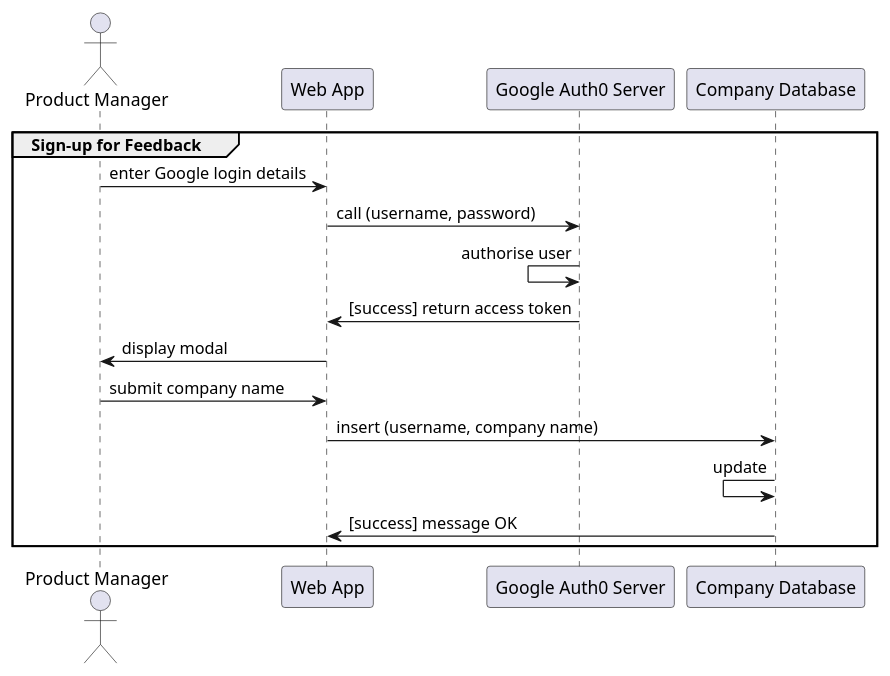
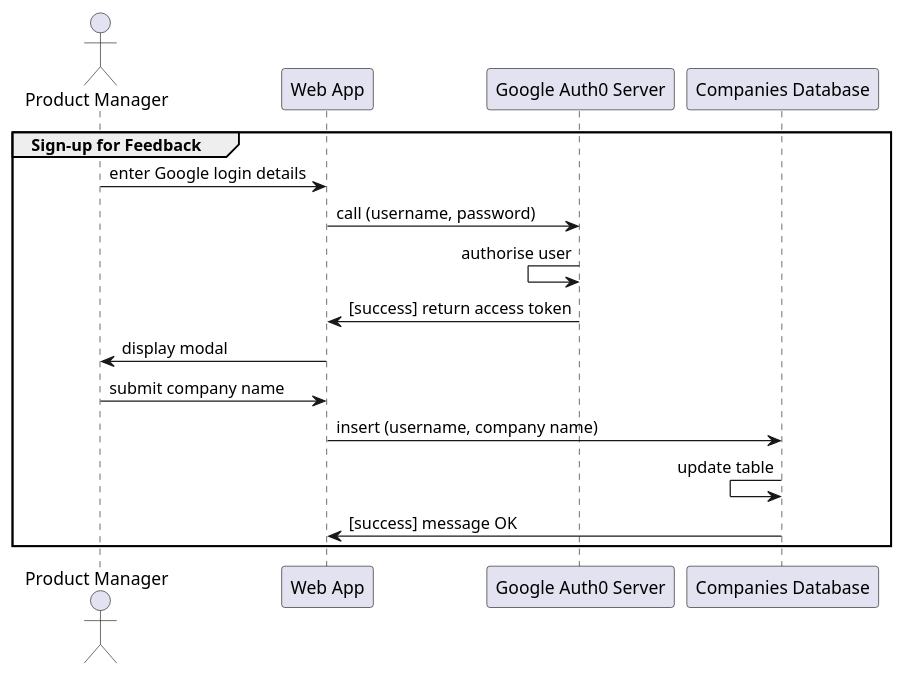
Before and after one commit to jennifer-platt/ECM2429-UML: the diagram in examples/sign-up.puml, drawn with PlantUML.

Commit message:
updating sign-up form

```diff
--- a/examples/sign-up.puml
+++ b/examples/sign-up.puml
@@ -1,17 +1,17 @@
 @startuml sign-up
 
 Actor "Product Manager"
 
 group Sign-up for Feedback
 "Product Manager" -> "Web App": enter Google login details
 "Web App" -> "Google Auth0 Server": call (username, password)
 "Google Auth0 Server" <- "Google Auth0 Server": authorise user
 "Web App" <- "Google Auth0 Server": [success] return access token
 "Product Manager" <- "Web App": display modal
 "Product Manager" -> "Web App": submit company name
-"Web App" -> "Company Database": insert (username, company name)
-"Company Database" <- "Company Database": update
-"Web App" <- "Company Database": [success] message OK
+"Web App" -> "Companies Database": insert (username, company name)
+"Companies Database" <- "Companies Database": update table
+"Web App" <- "Companies Database": [success] message OK
 end
 
 @enduml
```
